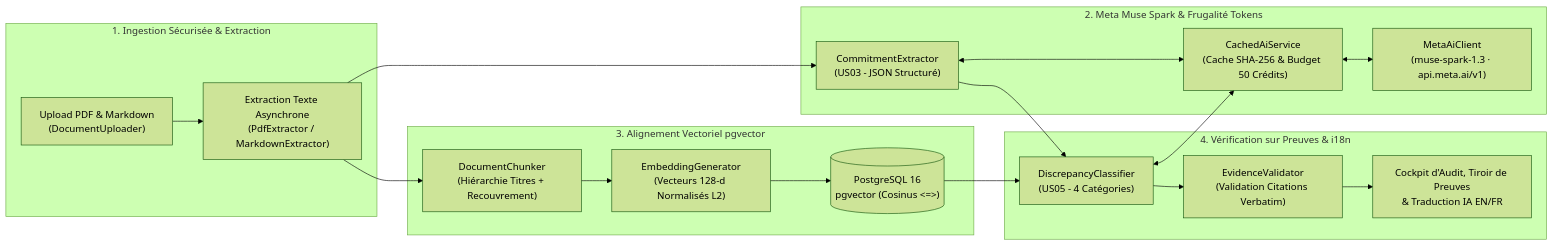
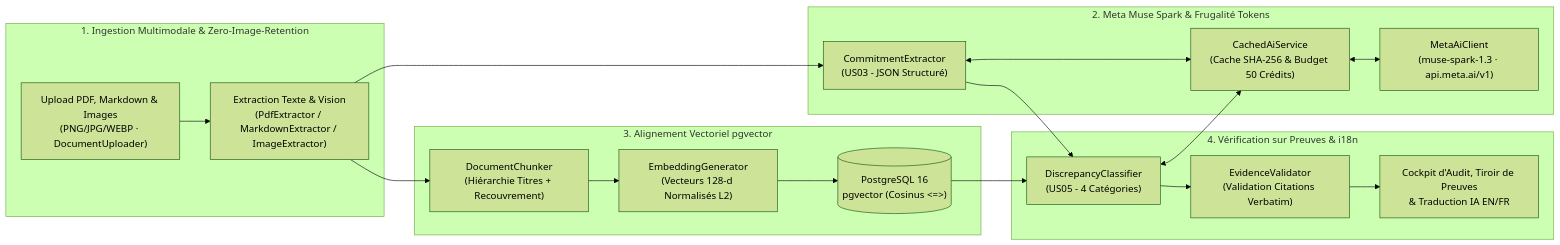
Before and after one commit to Gw3nhael51/promiseGap: the diagram in README_FR.md, drawn with Mermaid (forest theme). The commit also changed other lines of this file and 1 other file, not shown here.

Commit message:
docs(readme): document Muse Spark multimodal image ingestion and zero-image-retention

````diff
--- a/README_FR.md
+++ b/README_FR.md
@@ -62,26 +63,26 @@
 ```mermaid
 flowchart LR
-    subgraph Ingestion["1. Ingestion Sécurisée & Extraction"]
-        U["Upload PDF & Markdown\n(DocumentUploader)"] --> E["Extraction Texte Asynchrone\n(PdfExtractor / MarkdownExtractor)"]
+    subgraph Ingestion["1. Ingestion Multimodale & Zero-Image-Retention"]
+        U["Upload PDF, Markdown & Images\n(PNG/JPG/WEBP · DocumentUploader)"] --> E["Extraction Texte & Vision\n(PdfExtractor / MarkdownExtractor / ImageExtractor)"]
     end
 
     subgraph AI["2. Meta Muse Spark & Frugalité Tokens"]
         E --> CE["CommitmentExtractor\n(US03 - JSON Structuré)"]
         CE <--> C["CachedAiService\n(Cache SHA-256 & Budget 50 Crédits)"]
         C <--> M["MetaAiClient\n(muse-spark-1.3 · api.meta.ai/v1)"]
     end
 
     subgraph RAG["3. Alignement Vectoriel pgvector"]
         E --> DC["DocumentChunker\n(Hiérarchie Titres + Recouvrement)"]
         DC --> EG["EmbeddingGenerator\n(Vecteurs 128-d Normalisés L2)"]
         EG --> PG[("PostgreSQL 16\npgvector (Cosinus <=>)")]
     end
 
     subgraph Qualification["4. Vérification sur Preuves & i18n"]
         CE --> DQ["DiscrepancyClassifier\n(US05 - 4 Catégories)"]
         PG --> DQ
         DQ <--> C
         DQ --> EV["EvidenceValidator\n(Validation Citations Verbatim)"]
         EV --> UI["Cockpit d'Audit, Tiroir de Preuves\n& Traduction IA EN/FR"]
     end
 ```
````
